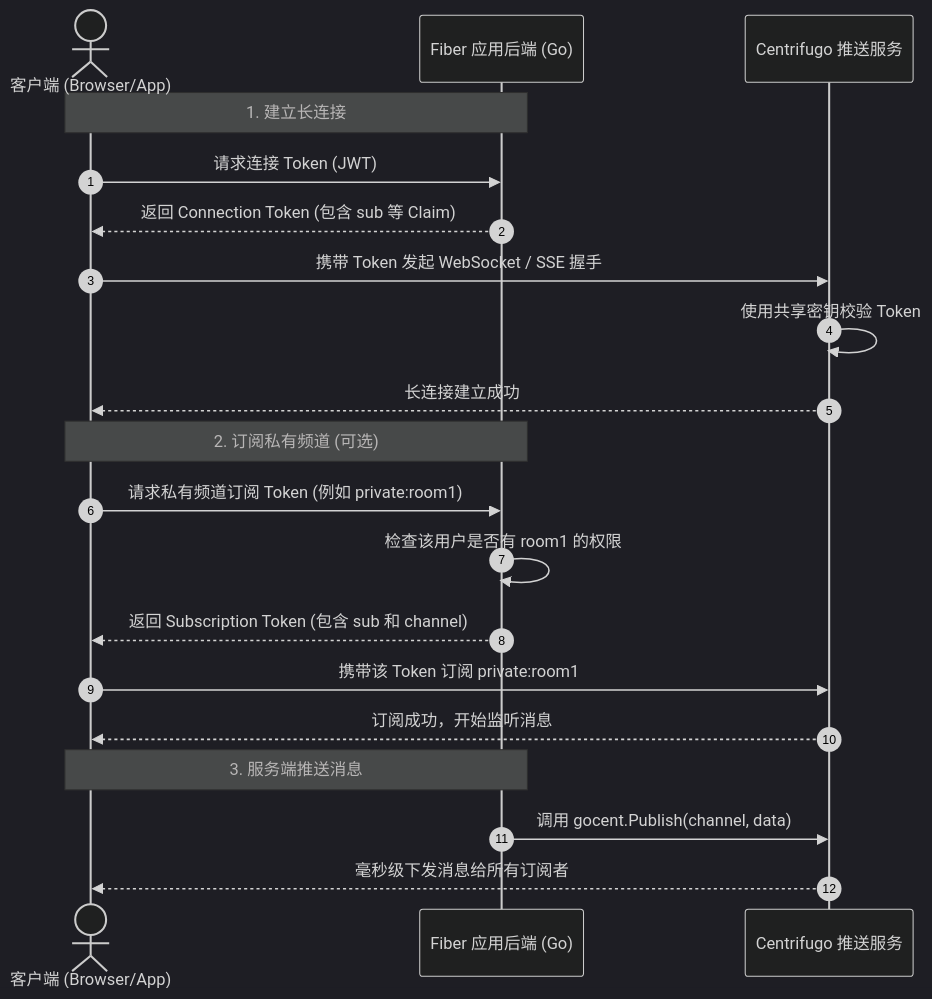
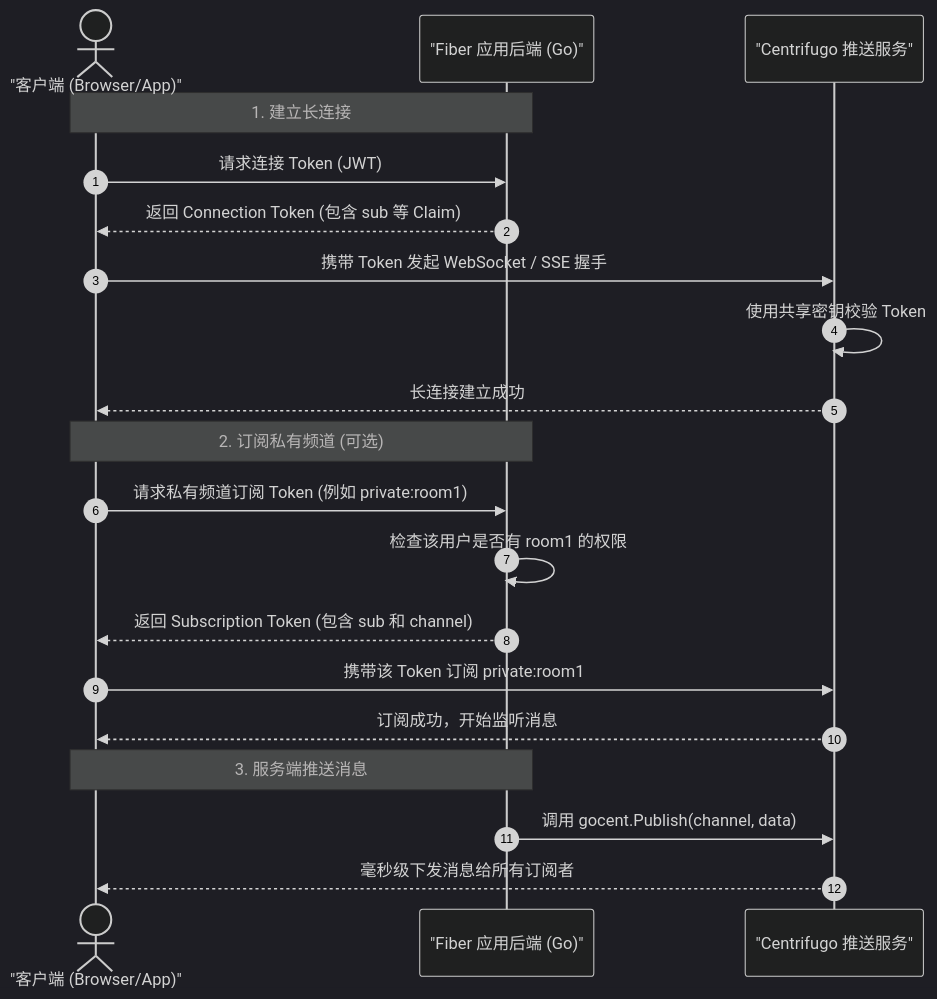
The diagram in centrifugo/docs/fiber_go_sdk.md (woailuoisme/docker-development), drawn with Mermaid (dark theme) before and after one commit. The commit also changed 33 other files, not shown here.

````diff
--- a/centrifugo/docs/fiber_go_sdk.md
+++ b/centrifugo/docs/fiber_go_sdk.md
@@ -9,28 +9,28 @@
 ```mermaid
 sequenceDiagram
     autonumber
-    actor Client as 客户端 (Browser/App)
-    participant Fiber as Fiber 应用后端 (Go)
-    participant Centrifugo as Centrifugo 推送服务
+    actor Client as "客户端 (Browser/App)"
+    participant Fiber as "Fiber 应用后端 (Go)"
+    participant Centrifugo as "Centrifugo 推送服务"
     
     %% 连接流程
     Note over Client, Fiber: 1. 建立长连接
     Client->>Fiber: 请求连接 Token (JWT)
     Fiber-->>Client: 返回 Connection Token (包含 sub 等 Claim)
     Client->>Centrifugo: 携带 Token 发起 WebSocket / SSE 握手
     Centrifugo->>Centrifugo: 使用共享密钥校验 Token
     Centrifugo-->>Client: 长连接建立成功
     
     %% 私有频道订阅
     Note over Client, Fiber: 2. 订阅私有频道 (可选)
     Client->>Fiber: 请求私有频道订阅 Token (例如 private:room1)
     Fiber->>Fiber: 检查该用户是否有 room1 的权限
     Fiber-->>Client: 返回 Subscription Token (包含 sub 和 channel)
     Client->>Centrifugo: 携带该 Token 订阅 private:room1
     Centrifugo-->>Client: 订阅成功，开始监听消息
     
     %% 业务推送
     Note over Fiber, Client: 3. 服务端推送消息
     Fiber->>Centrifugo: 调用 gocent.Publish(channel, data)
     Centrifugo-->>Client: 毫秒级下发消息给所有订阅者
 ```
````
